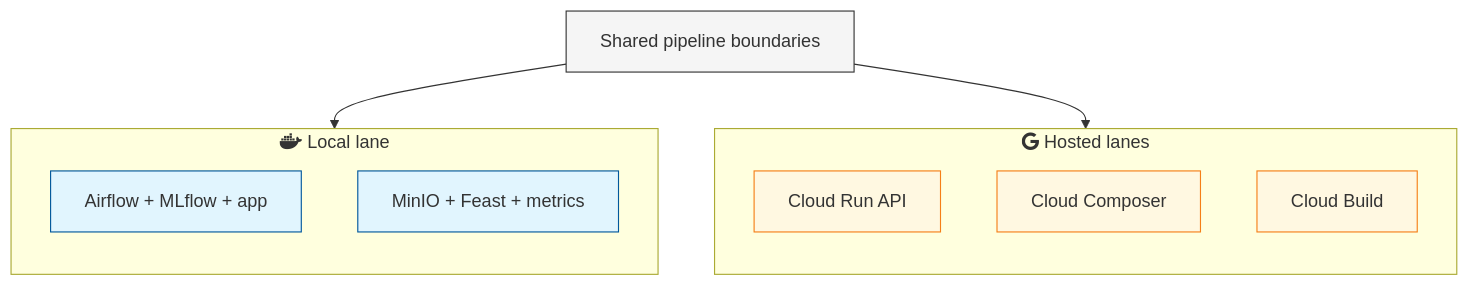
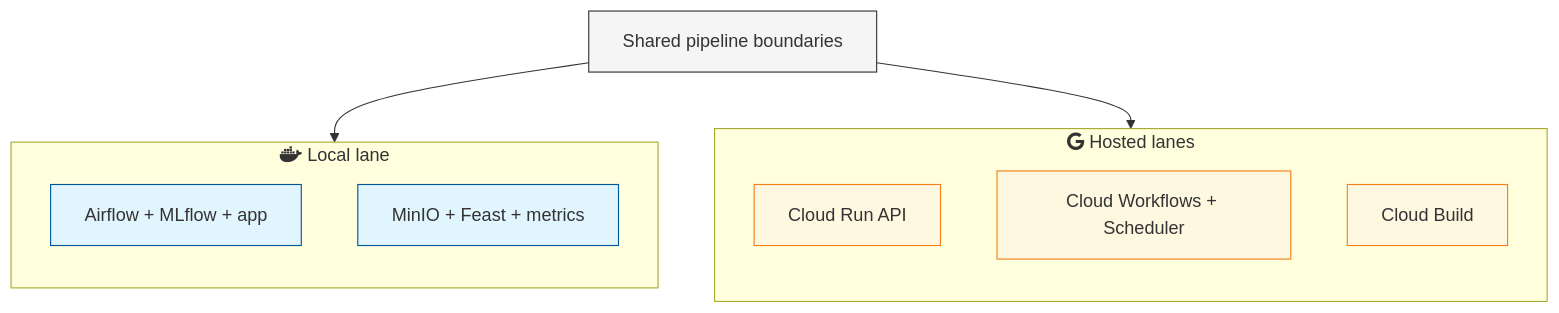
The third of 6 diagrams in docs/site/system/architecture.md (javihslu/foehncast), drawn with Mermaid before and after one commit. The commit also changed other lines of this file and 16 other files, not shown here.

```diff
--- a/docs/site/system/architecture.md
+++ b/docs/site/system/architecture.md
@@ -131,24 +131,24 @@
 <div class="mermaid">
 flowchart TD
     classDef core fill:#f5f5f5,stroke:#333
     classDef local fill:#e1f5fe,stroke:#01579b
     classDef cloud fill:#fff8e1,stroke:#f57f17
 
     CORE["Shared pipeline boundaries"]:::core
 
     subgraph LocalTarget ["fab:fa-docker Local lane"]
         direction TB
         LFLOW["Airflow + MLflow + app"]:::local
         LDATA["MinIO + Feast + metrics"]:::local
     end
 
     subgraph HostedTargets ["fab:fa-google Hosted lanes"]
         direction TB
         RUN["Cloud Run API"]:::cloud
-        CMP["Cloud Composer"]:::cloud
+        WF["Cloud Workflows + Scheduler"]:::cloud
         CB["Cloud Build"]:::cloud
     end
 
     CORE --> LocalTarget
     CORE --> HostedTargets
 </div>
```
